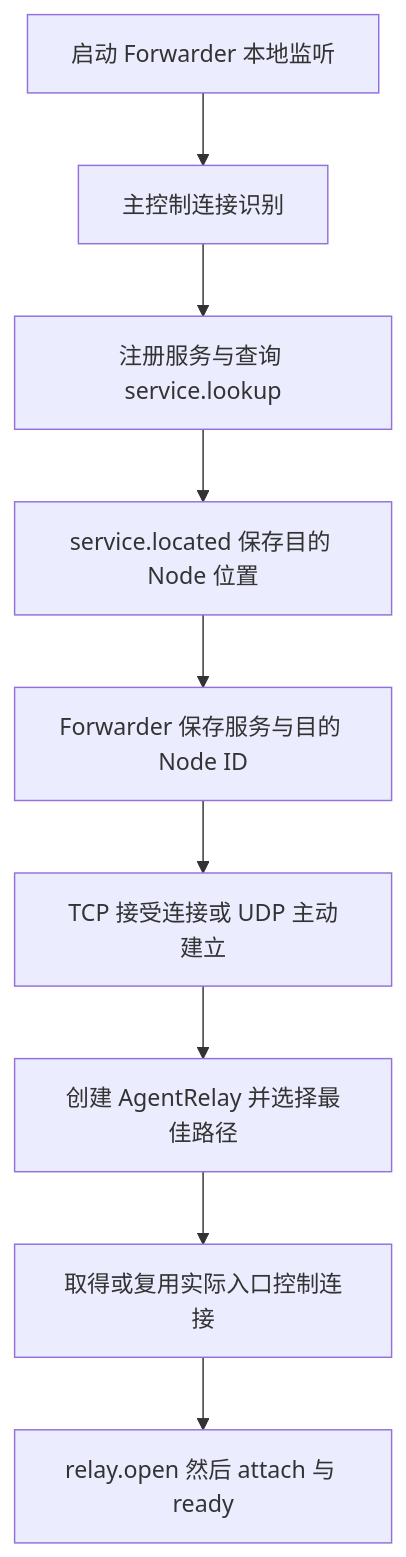
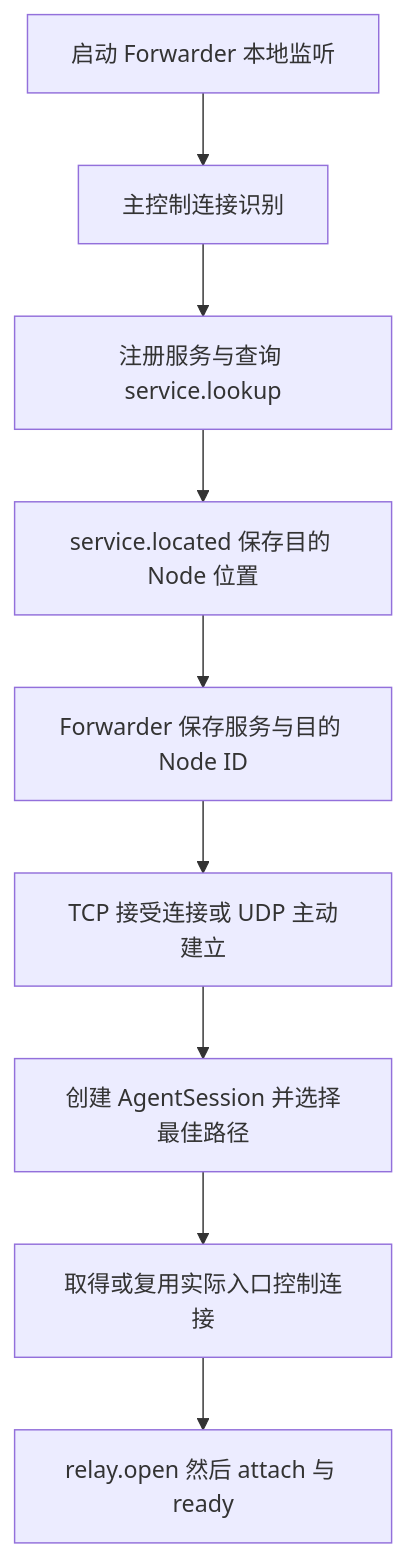
One commit to Xtinc/relayweave changed the fourth of 12 diagrams in docs/RelayWeave设计.md. Above: the diagram before and after it, drawn with Mermaid. The commit also changed other lines of this file and 85 other files, not shown here.

````diff
--- a/docs/RelayWeave设计.md
+++ b/docs/RelayWeave设计.md
@@ -410,11 +431,11 @@
 ```mermaid
 flowchart TD
     A[启动 Forwarder 本地监听] --> B[主控制连接识别]
     B --> C[注册服务与查询 service.lookup]
     C --> D[service.located 保存目的 Node 位置]
     D --> E[Forwarder 保存服务与目的 Node ID]
     E --> F[TCP 接受连接或 UDP 主动建立]
-    F --> G[创建 AgentRelay 并选择最佳路径]
+    F --> G[创建 AgentSession 并选择最佳路径]
     G --> H[取得或复用实际入口控制连接]
     H --> I[relay.open 然后 attach 与 ready]
 ```
````
